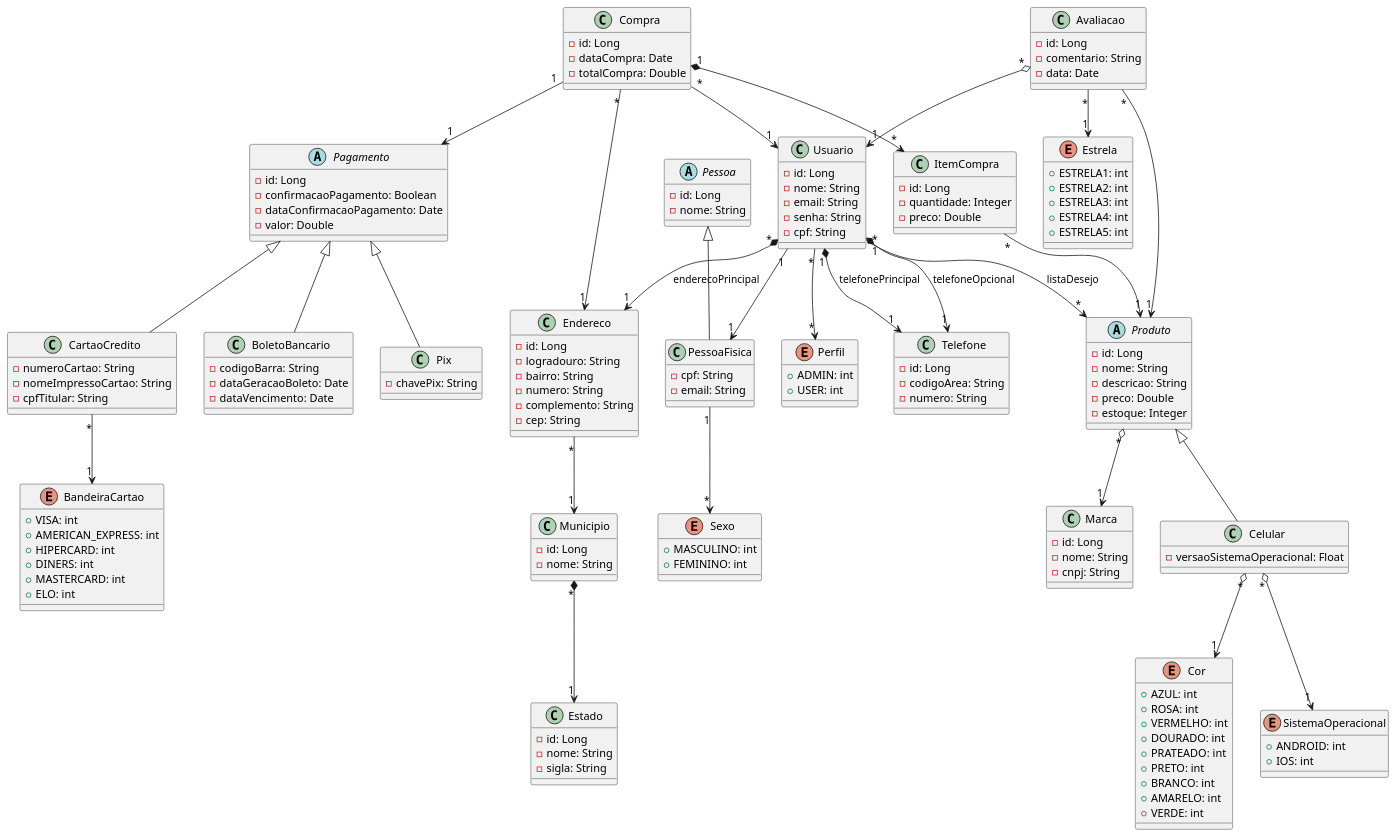
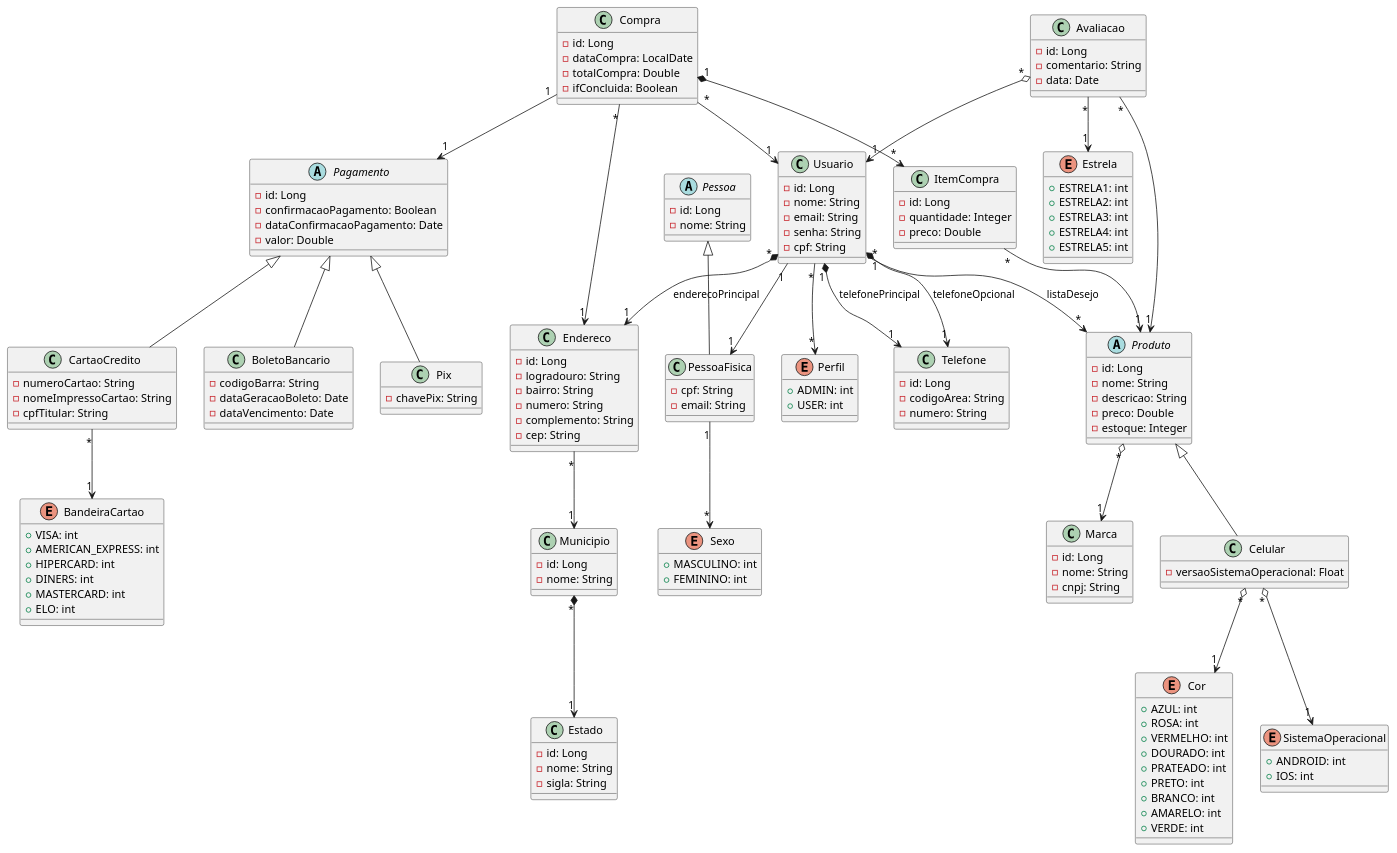
One commit to HitaloAguiar/Project_ecommerce changed the diagram in ecommerce-Celular.plantuml. Above: the diagram before and after it, drawn with PlantUML. The commit also changed 13 other files, not shown here.

```diff
--- a/ecommerce-Celular.plantuml
+++ b/ecommerce-Celular.plantuml
@@ -87,8 +87,9 @@
     class Compra {
 
         - id: Long
-        - dataCompra: Date
+        - dataCompra: LocalDate
         - totalCompra: Double
+        - ifConcluida: Boolean
     }
 
     class ItemCompra {
```
